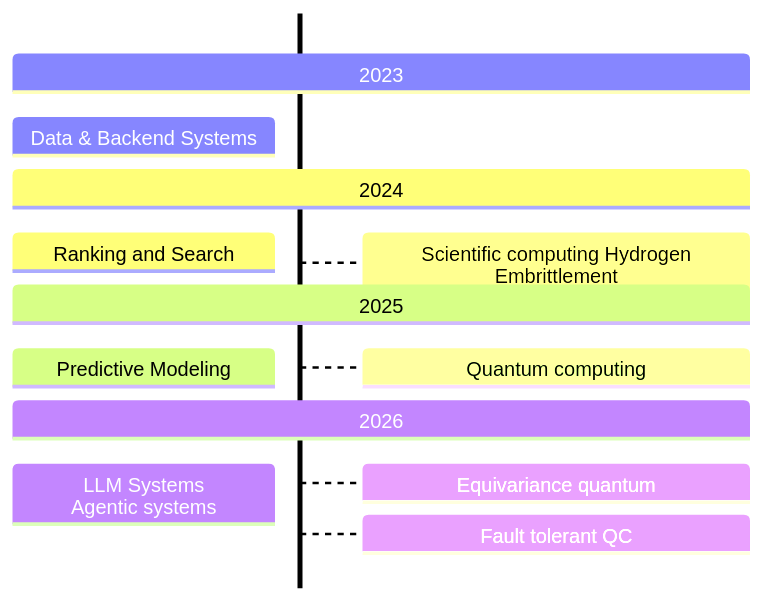
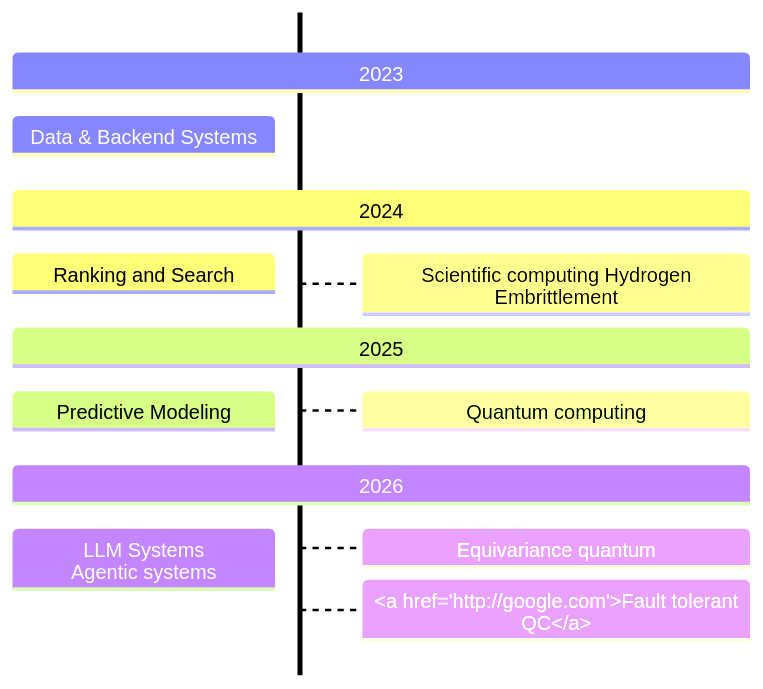
The diagram in _pages/about.md (minhtriet/minhtriet.github.io), drawn with Mermaid before and after one commit. The commit also changed other lines of this file, not shown here.

```diff
--- a/_pages/about.md
+++ b/_pages/about.md
@@ -7,11 +6,11 @@
 <pre class="mermaid">
 timeline TD
 	section 2023
     Data & Backend Systems
 	section 2024
     Ranking and Search : Scientific computing Hydrogen Embrittlement
 	section 2025
     Predictive Modeling : Quantum computing
 	section 2026
-    LLM Systems <br> Agentic systems : Equivariance quantum : Fault tolerant QC
+    LLM Systems <br> Agentic systems : Equivariance quantum : <a href="http://google.com">Fault tolerant QC</a>
 </pre>
```
